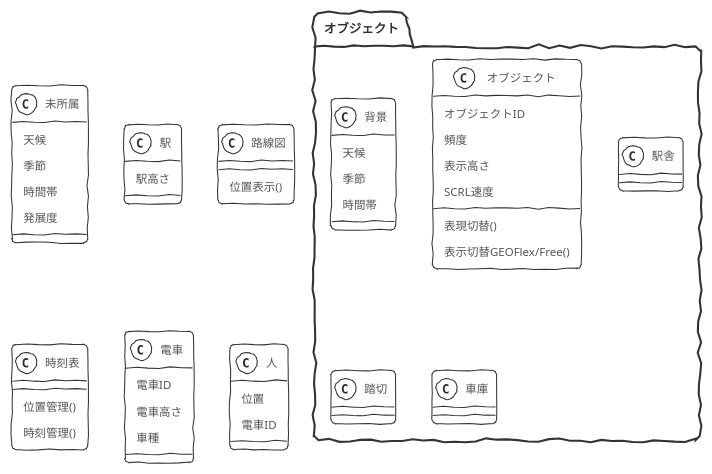
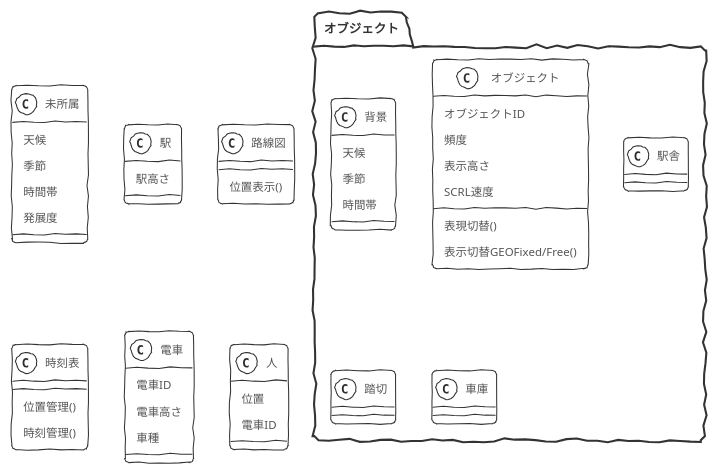
One commit to ssmxgo/tazawa_prj01 changed the diagram in tazawa.puml. Above: the diagram before and after it, drawn with PlantUML. The commit also changed 1 other file, not shown here.

```diff
--- a/tazawa.puml
+++ b/tazawa.puml
@@ -1,57 +1,57 @@
 @startuml まとめ
 !theme sketchy-outline
 class 未所属{
     天候
     季節
     時間帯
     発展度
 }
 class 駅 {
     駅高さ
     }
 
 class 路線図 {
 位置表示()
 }
 
 class 時刻表{
 位置管理()
 時刻管理()
 }
 
 class 電車 {
 電車ID
     電車高さ
     車種
 }
 
 class 人 {
 位置
 電車ID
 }
 
 package オブジェクト{
 class 背景{
     天候
 季節
 時間帯
 }
 
 
 
 '各風景 駅舎 建築物
 class オブジェクト{
     オブジェクトID
     頻度
     表示高さ
     SCRL速度
     表現切替()
-    表示切替GEOFlex/Free()
+    表示切替GEOFixed/Free()
 }
 class 駅舎{}
 class 踏切{}
 class 車庫{}
 
 }
 
 @enduml
```
